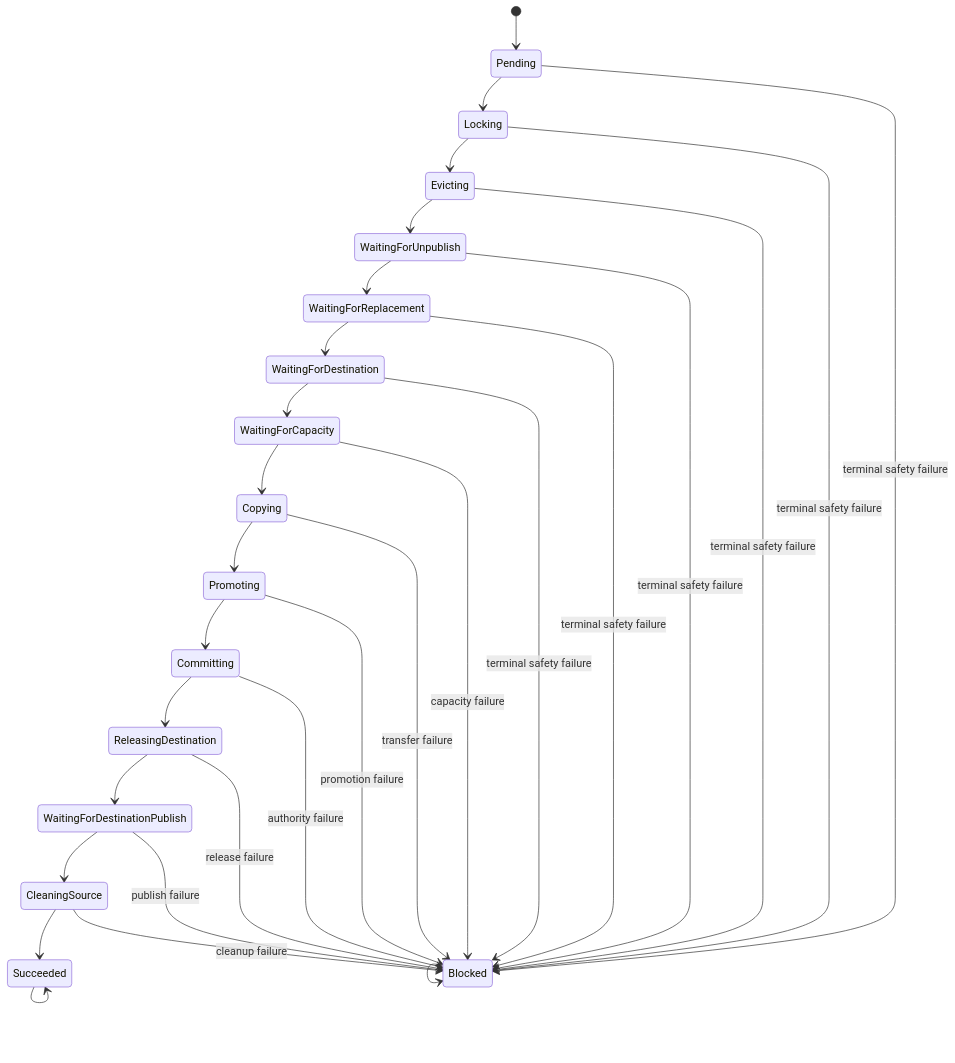
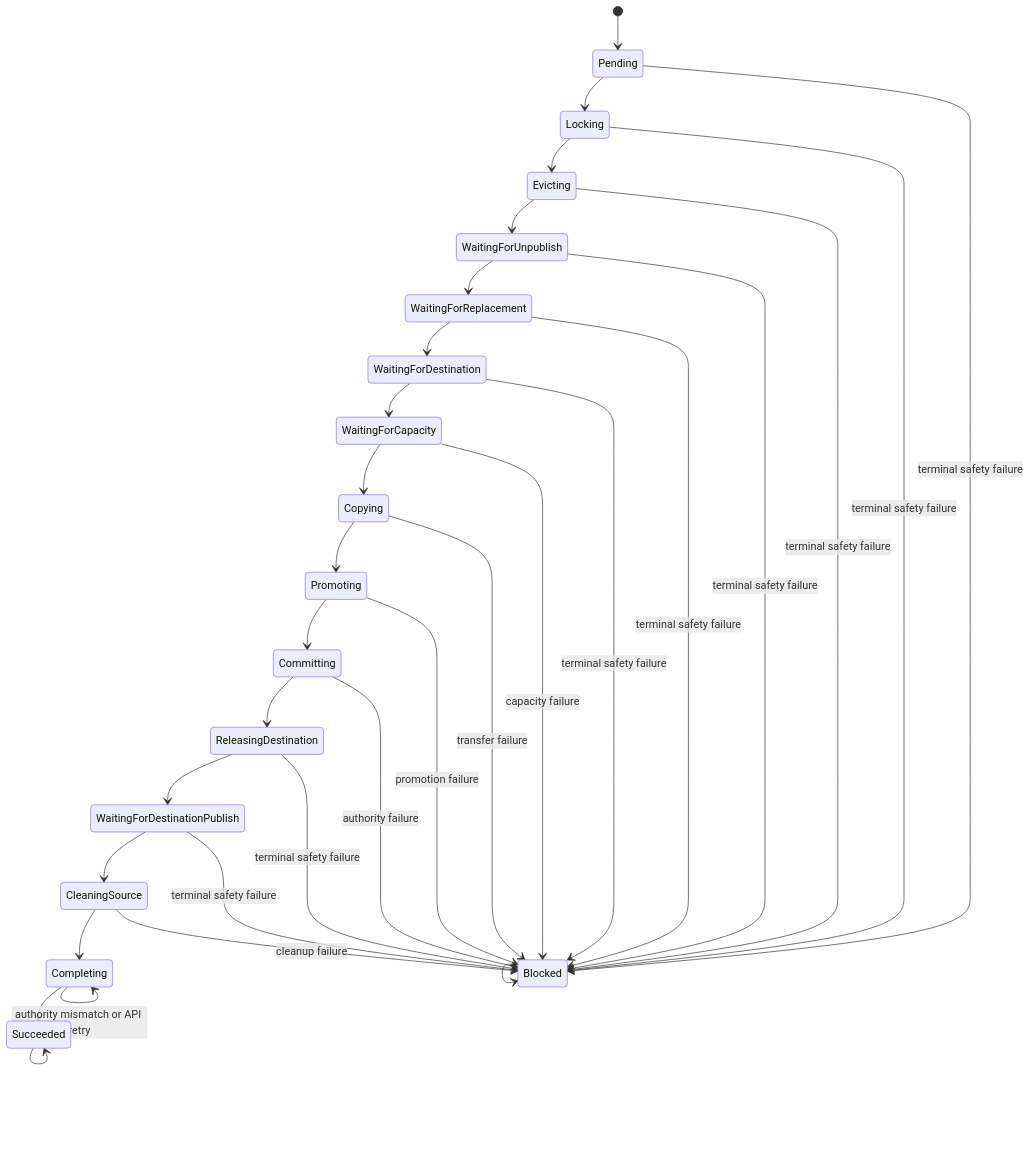
Before and after one commit to cagojeiger/ShiftPV: the third of 5 diagrams in docs/spec/volume-mobility.md, drawn with Mermaid. The commit also changed other lines of this file and 59 other files, not shown here.

````diff
--- a/docs/spec/volume-mobility.md
+++ b/docs/spec/volume-mobility.md
@@ -119,32 +120,34 @@
 ```mermaid
 stateDiagram-v2
     [*] --> Pending
     Pending --> Locking
     Locking --> Evicting
     Evicting --> WaitingForUnpublish
     WaitingForUnpublish --> WaitingForReplacement
     WaitingForReplacement --> WaitingForDestination
     WaitingForDestination --> WaitingForCapacity
     WaitingForCapacity --> Copying
     Copying --> Promoting
     Promoting --> Committing
     Committing --> ReleasingDestination
     ReleasingDestination --> WaitingForDestinationPublish
     WaitingForDestinationPublish --> CleaningSource
-    CleaningSource --> Succeeded
+    CleaningSource --> Completing
+    Completing --> Succeeded
     Pending --> Blocked: terminal safety failure
     Locking --> Blocked: terminal safety failure
     Evicting --> Blocked: terminal safety failure
     WaitingForUnpublish --> Blocked: terminal safety failure
     WaitingForReplacement --> Blocked: terminal safety failure
     WaitingForDestination --> Blocked: terminal safety failure
     WaitingForCapacity --> Blocked: capacity failure
     Copying --> Blocked: transfer failure
     Promoting --> Blocked: promotion failure
     Committing --> Blocked: authority failure
-    ReleasingDestination --> Blocked: release failure
-    WaitingForDestinationPublish --> Blocked: publish failure
+    ReleasingDestination --> Blocked: terminal safety failure
+    WaitingForDestinationPublish --> Blocked: terminal safety failure
     CleaningSource --> Blocked: cleanup failure
+    Completing --> Completing: authority mismatch or API retry
     Succeeded --> Succeeded
     Blocked --> Blocked
 ```
````
